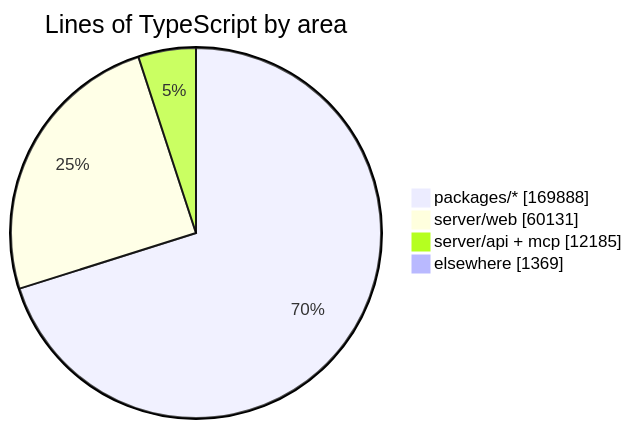
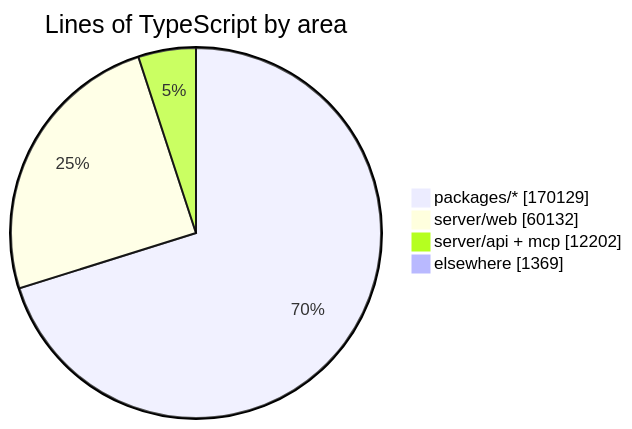
The diagram in README.md (crossworks-engineering/mantle), drawn with Mermaid before and after one commit. The commit also changed other lines of this file and 2 other files, not shown here.

````diff
--- a/README.md
+++ b/README.md
@@ -279,7 +279,7 @@
 ```mermaid
 pie showData title Lines of TypeScript by area
-    "packages/*" : 169888
-    "server/web" : 60131
-    "server/api + mcp" : 12185
+    "packages/*" : 170129
+    "server/web" : 60132
+    "server/api + mcp" : 12202
     "elsewhere" : 1369
 ```
````
